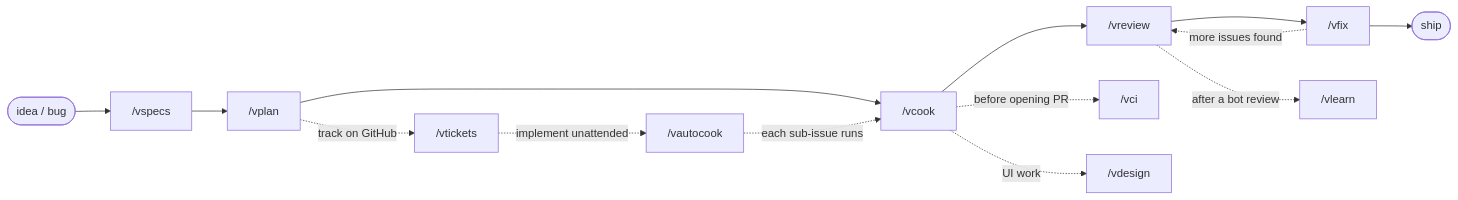
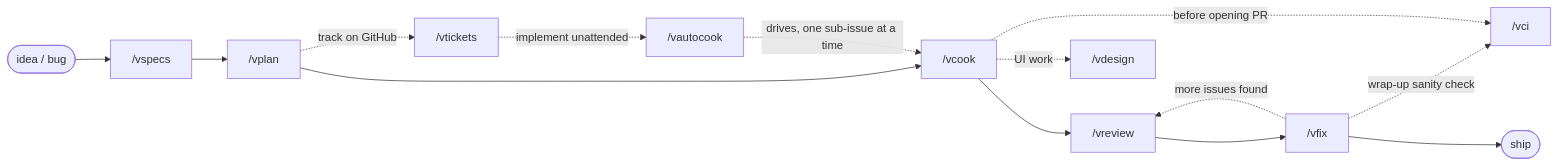
Before and after one commit to vyvu99/vskills: the diagram in README.md, drawn with Mermaid. The commit also changed other lines of this file and 1 other file, not shown here.

````diff
--- a/README.md
+++ b/README.md
@@ -41,17 +57,17 @@
 ```mermaid
 flowchart LR
     idea(["idea / bug"]) --> specs["/vspecs"]
     specs --> plan["/vplan"]
     plan --> cook["/vcook"]
     cook --> review["/vreview"]
     review --> fix["/vfix"]
     fix -. more issues found .-> review
+    fix -. wrap-up sanity check .-> ci["/vci"]
     fix --> ship(["ship"])
 
     plan -. track on GitHub .-> tickets["/vtickets"]
     tickets -. implement unattended .-> auto["/vautocook"]
-    auto -. each sub-issue runs .-> cook
-    cook -. before opening PR .-> ci["/vci"]
+    auto -. drives, one sub-issue at a time .-> cook
+    cook -. before opening PR .-> ci
     cook -. UI work .-> design["/vdesign"]
-    review -. after a bot review .-> learn["/vlearn"]
 ```
````
